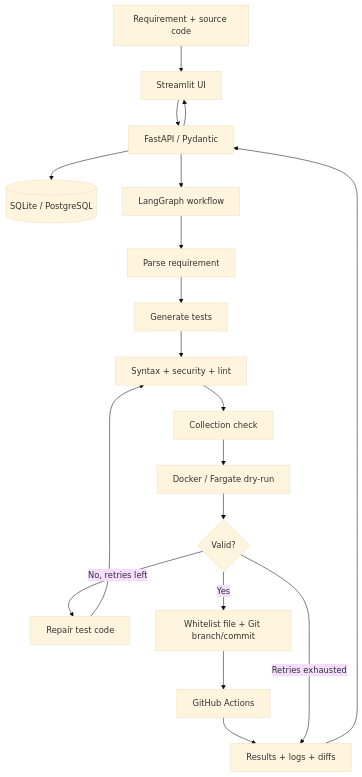
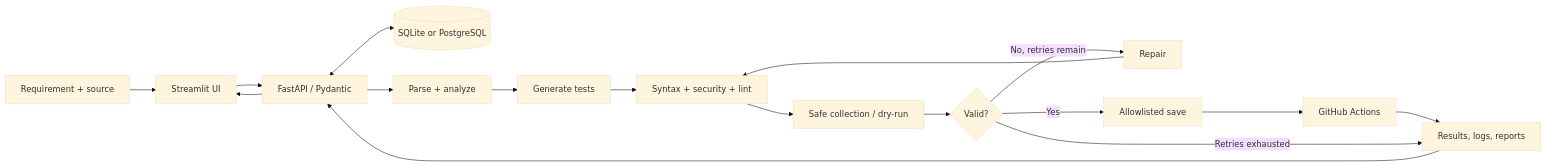
The first of 2 diagrams in README.md (BFH-HAMID/AI-Powered-Test-Case-Generator), drawn with Mermaid (base theme) before and after one commit. The commit also changed other lines of this file and 2 other files, not shown here.

Commit message:
docs: refresh README with workflow visuals

````diff
--- a/README.md
+++ b/README.md
@@ -9,21 +55,19 @@
 ```mermaid
-flowchart TD
-    User[Requirement + source code] --> UI[Streamlit UI]
+flowchart LR
+    U[Requirement + source] --> UI[Streamlit UI]
     UI --> API[FastAPI / Pydantic]
-    API --> DB[(SQLite / PostgreSQL)]
-    API --> Graph[LangGraph workflow]
-    Graph --> Parse[Parse requirement]
-    Parse --> Generate[Generate tests]
-    Generate --> Validate[Syntax + security + lint]
-    Validate --> Collect[Collection check]
-    Collect --> Run[Docker / Fargate dry-run]
-    Run --> Decision{Valid?}
-    Decision -->|No, retries left| Fix[Repair test code]
-    Fix --> Validate
-    Decision -->|Yes| Save[Whitelist file + Git branch/commit]
-    Save --> CI[GitHub Actions]
-    CI --> Results[Results + logs + diffs]
-    Decision -->|Retries exhausted| Results
-    Results --> API
+    API <--> DB[(SQLite or PostgreSQL)]
+    API --> P[Parse + analyze]
+    P --> G[Generate tests]
+    G --> V[Syntax + security + lint]
+    V --> C[Safe collection / dry-run]
+    C --> D{Valid?}
+    D -->|No, retries remain| R[Repair]
+    R --> V
+    D -->|Yes| S[Allowlisted save]
+    S --> CI[GitHub Actions]
+    CI --> O[Results, logs, reports]
+    D -->|Retries exhausted| O
+    O --> API
     API --> UI
 ```
````
